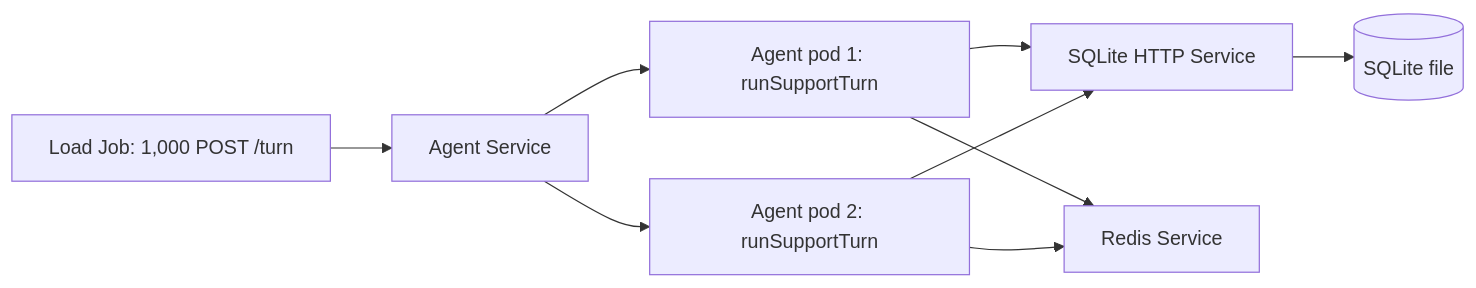
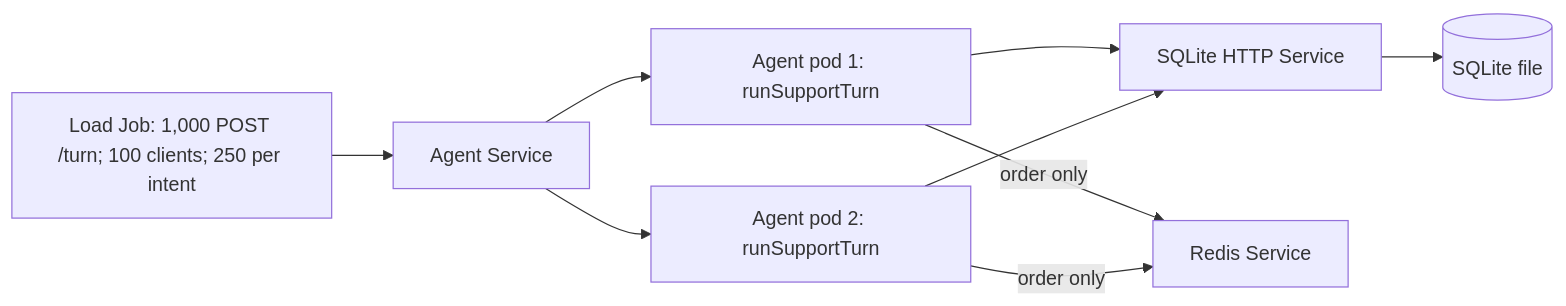
Before and after one commit to XSKW11111/next-agent: the diagram in docs/local-k8s-load-design.md, drawn with Mermaid. The commit also changed other lines of this file and 1 other file, not shown here.

Commit message:
Report 100-client mixed-intent Kubernetes load run

````diff
--- a/docs/local-k8s-load-design.md
+++ b/docs/local-k8s-load-design.md
@@ -21,11 +21,11 @@
 ```mermaid
 flowchart LR
-  J[Load Job: 1,000 POST /turn] --> S[Agent Service]
+  J[Load Job: 1,000 POST /turn; 100 clients; 250 per intent] --> S[Agent Service]
   S --> A1[Agent pod 1: runSupportTurn]
   S --> A2[Agent pod 2: runSupportTurn]
   A1 --> Q[SQLite HTTP Service]
   A2 --> Q
-  A1 --> R[Redis Service]
-  A2 --> R
+  A1 -->|order only| R[Redis Service]
+  A2 -->|order only| R
   Q --> F[(SQLite file)]
 ```
````
